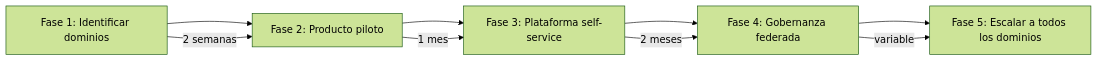
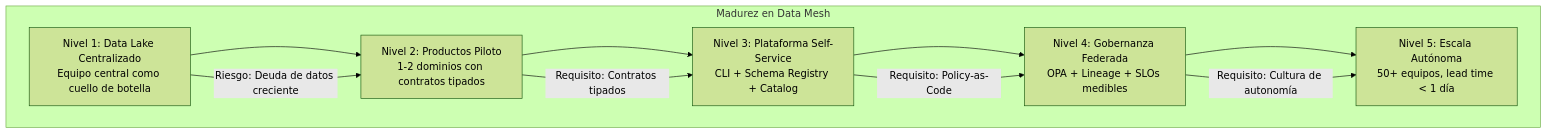
One commit to Joaquinriosheredia/DAM-Java-Mastery changed the fourth of 4 diagrams in 07_BigData_Streaming/data_mesh:_descentralización_de_la_propiedad_del_dato_STAFF.md. Above: the diagram before and after it, drawn with Mermaid (forest theme). The commit also changed other lines of this file, not shown here.

Commit message:
data_mesh:_descentralización_de_la_propiedad_del_dato_STAFF.md

````diff
--- a/07_BigData_Streaming/data_mesh:_descentralización_de_la_propiedad_del_dato_STAFF.md
+++ b/07_BigData_Streaming/data_mesh:_descentralización_de_la_propiedad_del_dato_STAFF.md
@@ -484,11 +932,15 @@
 ```mermaid
-graph LR
-    A[Fase 1: Identificar dominios] --> B[Fase 2: Producto piloto]
-    B --> C[Fase 3: Plataforma self-service]
-    C --> D[Fase 4: Gobernanza federada]
-    D --> E[Fase 5: Escalar a todos los dominios]
-    A -->|2 semanas| B
-    B -->|1 mes| C
-    C -->|2 meses| D
-    D -->|variable| E
+graph TD
+    subgraph "Madurez en Data Mesh"
+        L1[Nivel 1: Data Lake Centralizado<br/>Equipo central como cuello de botella] --> L2
+        L2[Nivel 2: Productos Piloto<br/>1-2 dominios con contratos tipados] --> L3
+        L3[Nivel 3: Plataforma Self-Service<br/>CLI + Schema Registry + Catalog] --> L4
+        L4[Nivel 4: Gobernanza Federada<br/>OPA + Lineage + SLOs medibles] --> L5
+        L5[Nivel 5: Escala Autónoma<br/>50+ equipos, lead time < 1 día]
+    end
+    
+    L1 -->|Riesgo: Deuda de datos creciente| L2
+    L2 -->|Requisito: Contratos tipados| L3
+    L3 -->|Requisito: Policy-as-Code| L4
+    L4 -->|Requisito: Cultura de autonomía| L5
 ```
````
